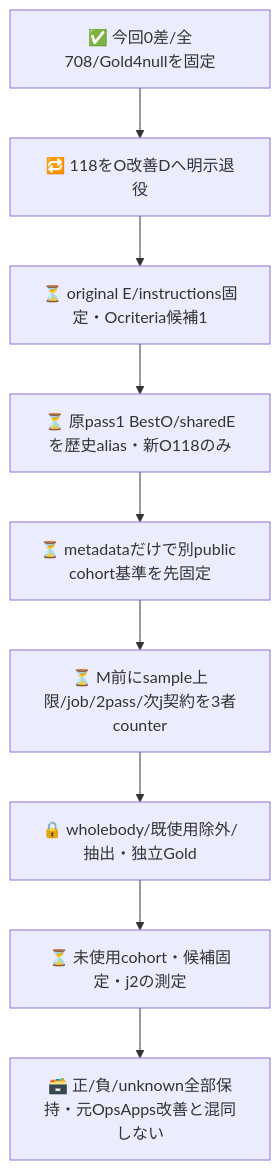
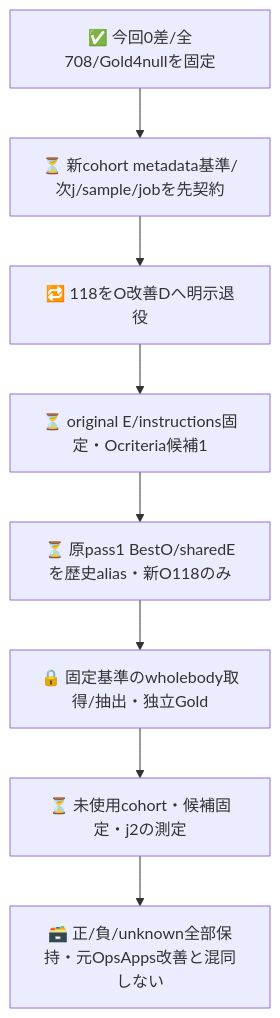
Before and after one commit to roccho-org/ops: the third of 3 diagrams in experiments/sys1-eval-loop/real-cases/README.md, drawn with Mermaid. The commit also changed other lines of this file, not shown here.

Commit message:
docs(jev): clarify prospective O cohort and unresolved-case boundaries

````diff
--- a/experiments/sys1-eval-loop/real-cases/README.md
+++ b/experiments/sys1-eval-loop/real-cases/README.md
@@ -95,11 +95,10 @@
 ```mermaid
 flowchart TB
-  NEG["✅ 今回0差/全708/Gold4nullを固定"] --> D["🔁 118をO改善Dへ明示退役"]
+  NEG["✅ 今回0差/全708/Gold4nullを固定"] --> RULE["⏳ 新cohort metadata基準/次j/sample/jobを先契約"]
+  RULE --> D["🔁 118をO改善Dへ明示退役"]
   D --> C["⏳ original E/instructions固定・Ocriteria候補1"]
   C --> DV["⏳ 原pass1 BestO/sharedEを歴史alias・新O118のみ"]
-  DV --> COHORT["⏳ metadataだけで別public cohort基準を先固定"]
-  COHORT --> RULE["⏳ M前にsample上限/job/2pass/次j契約を3者counter"]
-  RULE --> FRAME["🔒 wholebody/既使用除外/抽出・独立Gold"]
+  DV --> FRAME["🔒 固定基準のwholebody取得/抽出・独立Gold"]
   FRAME --> RUN["⏳ 未使用cohort・候補固定・j2の測定"]
   RUN --> END["🗃️ 正/負/unknown全部保持・元OpsApps改善と混同しない"]
 ```
````
